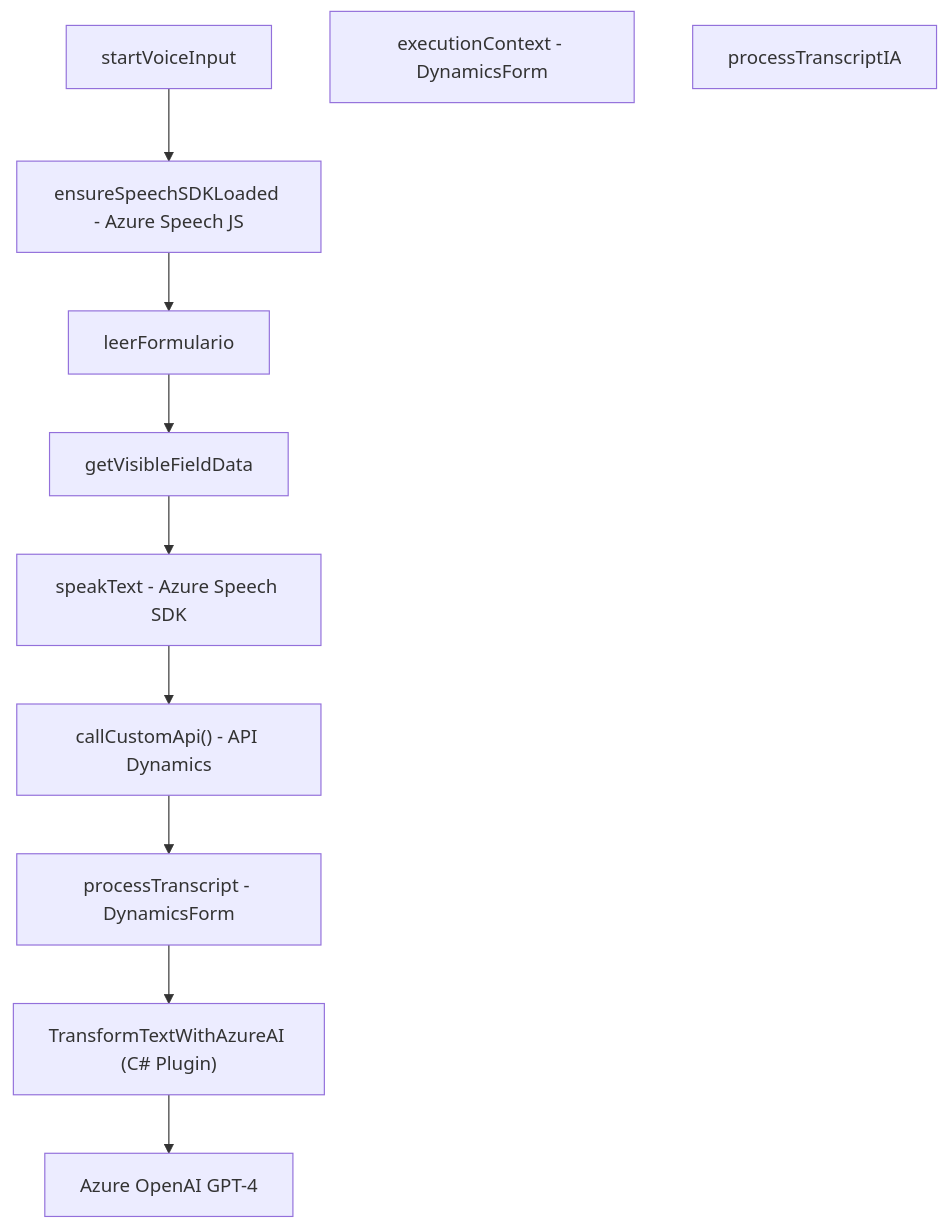
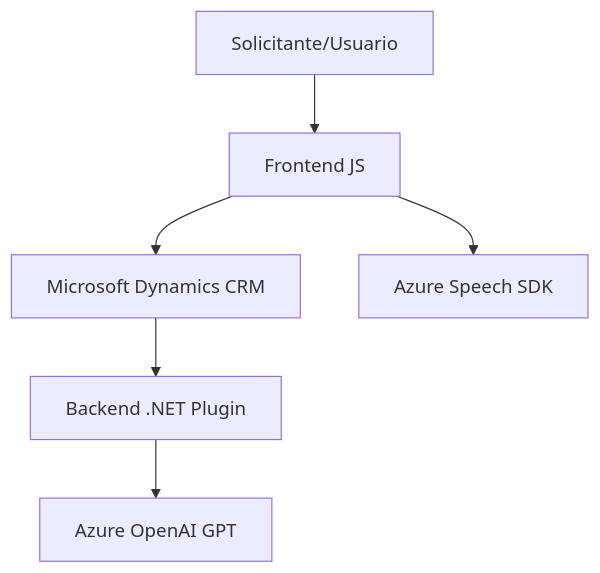
The diagram in README.md (blopezdm/NETCORE_BILBAO2025), drawn with Mermaid before and after one commit. The commit also changed other lines of this file, not shown here.

````diff
--- a/README.md
+++ b/README.md
@@ -46,23 +26,15 @@
 ```mermaid
 graph TD
-    Start["startVoiceInput"]
-    Context["executionContext - DynamicsForm"]
-    LeerForm["leerFormulario"]
-    VisibleFields["getVisibleFieldData"]
-    SpeakText["speakText - Azure Speech SDK"]
-    SpeakSDK["ensureSpeechSDKLoaded - Azure Speech JS"]
-    CustomAPI["callCustomApi() - API Dynamics"]
-    FormUpdate["processTranscript - DynamicsForm"]
-    IAProcess["processTranscriptIA"]
-    Plugin["TransformTextWithAzureAI (C# Plugin)"]
-    AzureAI["Azure OpenAI GPT-4"]
-
-    Start --> SpeakSDK
-    SpeakSDK --> LeerForm
-    LeerForm --> VisibleFields
-    VisibleFields --> SpeakText
-    SpeakText --> CustomAPI
-    CustomAPI --> FormUpdate
-    FormUpdate --> Plugin
-    Plugin --> AzureAI
+    F["Frontend JS"]
+    B["Backend .NET Plugin"]
+    CRM["Microsoft Dynamics CRM"]
+    AzureSpeech["Azure Speech SDK"]
+    AzureOpenAI["Azure OpenAI GPT"]
+    User["Solicitante/Usuario"]
+    
+    User --> F["Frontend JS"]
+    F --> CRM
+    F --> AzureSpeech
+    CRM --> B["Backend .NET Plugin"]
+    B --> AzureOpenAI
 ```
````
